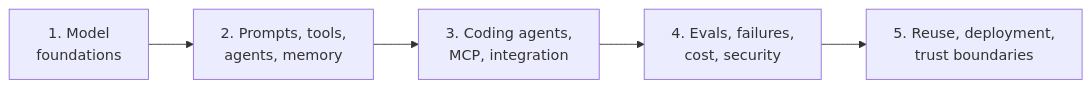
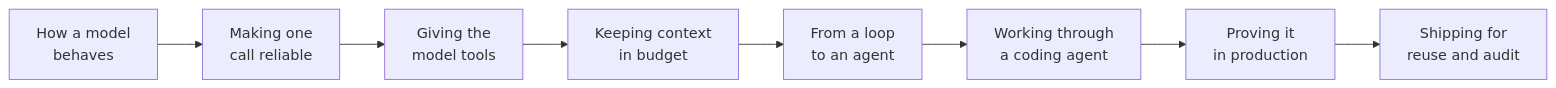
Before and after one commit to locchh/blogs: the diagram in src/content/blog/from_prototype_to_production.md, drawn with Mermaid. The commit also changed other lines of this file, not shown here.

````diff
--- a/src/content/blog/from_prototype_to_production.md
+++ b/src/content/blog/from_prototype_to_production.md
@@ -14,7 +14,10 @@
 ```mermaid
 graph LR
-    P1["1. Model<br/>foundations"] --> P2["2. Prompts, tools,<br/>agents, memory"]
-    P2 --> P3["3. Coding agents,<br/>MCP, integration"]
-    P3 --> P4["4. Evals, failures,<br/>cost, security"]
-    P4 --> P5["5. Reuse, deployment,<br/>trust boundaries"]
+    A["How a model<br/>behaves"] --> B["Making one<br/>call reliable"]
+    B --> C["Giving the<br/>model tools"]
+    C --> D["Keeping context<br/>in budget"]
+    D --> E["From a loop<br/>to an agent"]
+    E --> F["Working through<br/>a coding agent"]
+    F --> G["Proving it<br/>in production"]
+    G --> H["Shipping for<br/>reuse and audit"]
 ```
````
